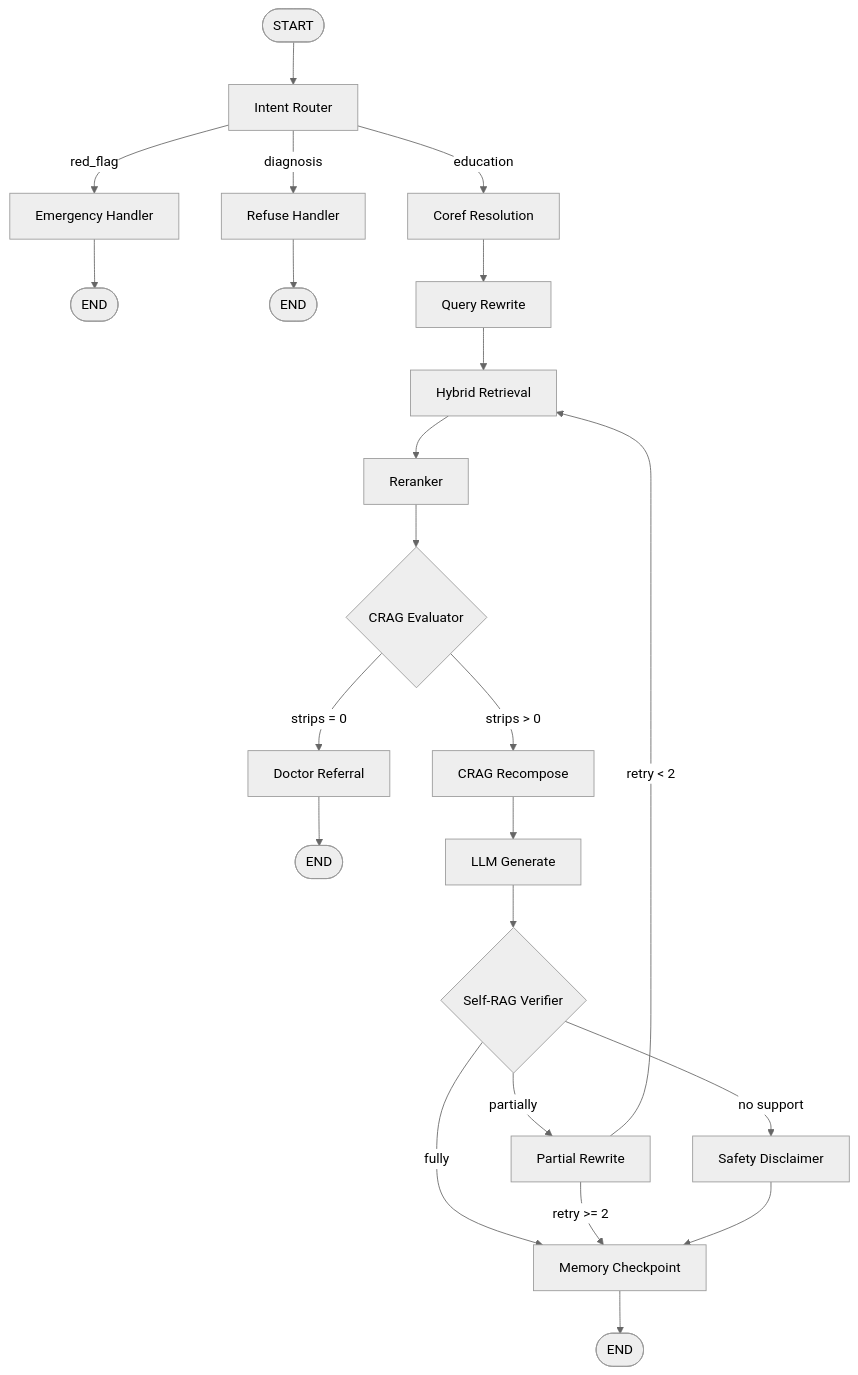
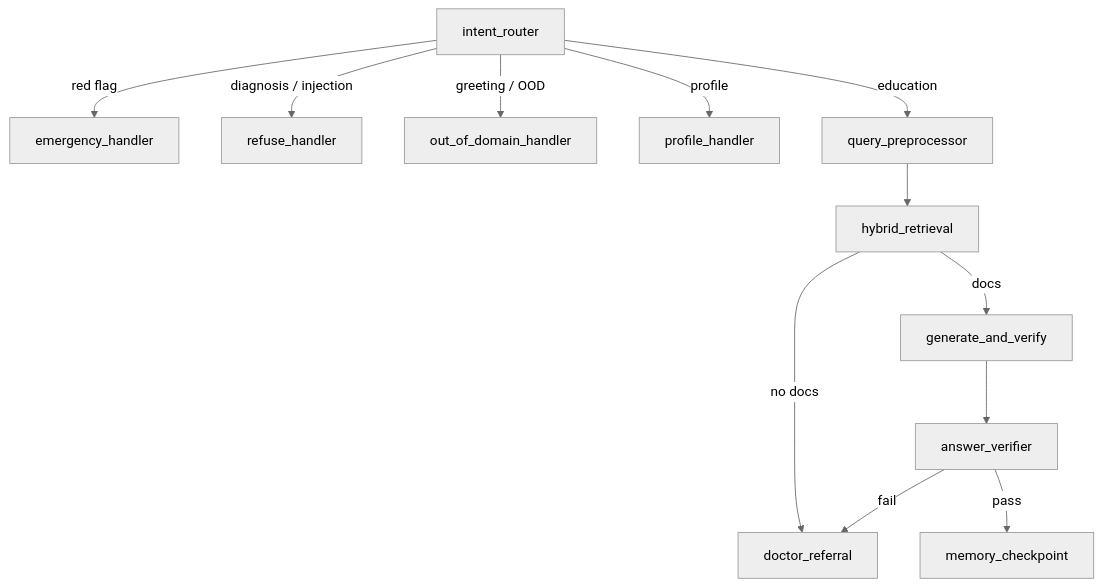
One commit to hoangminh37/p-128-deploy changed the first of 2 diagrams in docs/ARCHITECTURE.md. Above: the diagram before and after it, drawn with Mermaid (neutral theme). The commit also changed other lines of this file and 7 other files, not shown here.

Commit message:
docs: week-log and architechture-diagram

````diff
--- a/docs/ARCHITECTURE.md
+++ b/docs/ARCHITECTURE.md
@@ -272,32 +43,14 @@
 ```mermaid
 flowchart TD
-    START([START]) --> IR[Intent Router]
-
-    IR -->|red_flag| EH[Emergency Handler]
-    IR -->|diagnosis| RH[Refuse Handler]
-    IR -->|education| CR[Coref Resolution]
-
-    EH --> E1([END])
-    RH --> E2([END])
-
-    CR --> QR[Query Rewrite]
-    QR --> HR[Hybrid Retrieval]
-    HR --> RR[Reranker]
-    RR --> CE{CRAG Evaluator}
-
-    CE -->|strips > 0| CRC[CRAG Recompose]
-    CE -->|strips = 0| DR[Doctor Referral]
-    DR --> E3([END])
-
-    CRC --> LG[LLM Generate]
-    LG --> SV{Self-RAG Verifier}
-
-    SV -->|fully| MC[Memory Checkpoint]
-    SV -->|partially| PW[Partial Rewrite]
-    SV -->|no support| SD[Safety Disclaimer]
-
-    PW -->|retry < 2| HR
-    PW -->|retry >= 2| MC
-    SD --> MC
-    MC --> E4([END])
+    I[intent_router] -->|red flag| E[emergency_handler]
+    I -->|diagnosis / injection| R[refuse_handler]
+    I -->|greeting / OOD| O[out_of_domain_handler]
+    I -->|profile| P[profile_handler]
+    I -->|education| Q[query_preprocessor]
+    Q --> H[hybrid_retrieval]
+    H -->|no docs| D[doctor_referral]
+    H -->|docs| G[generate_and_verify]
+    G --> V[answer_verifier]
+    V -->|fail| D
+    V -->|pass| M[memory_checkpoint]
 ```
````
